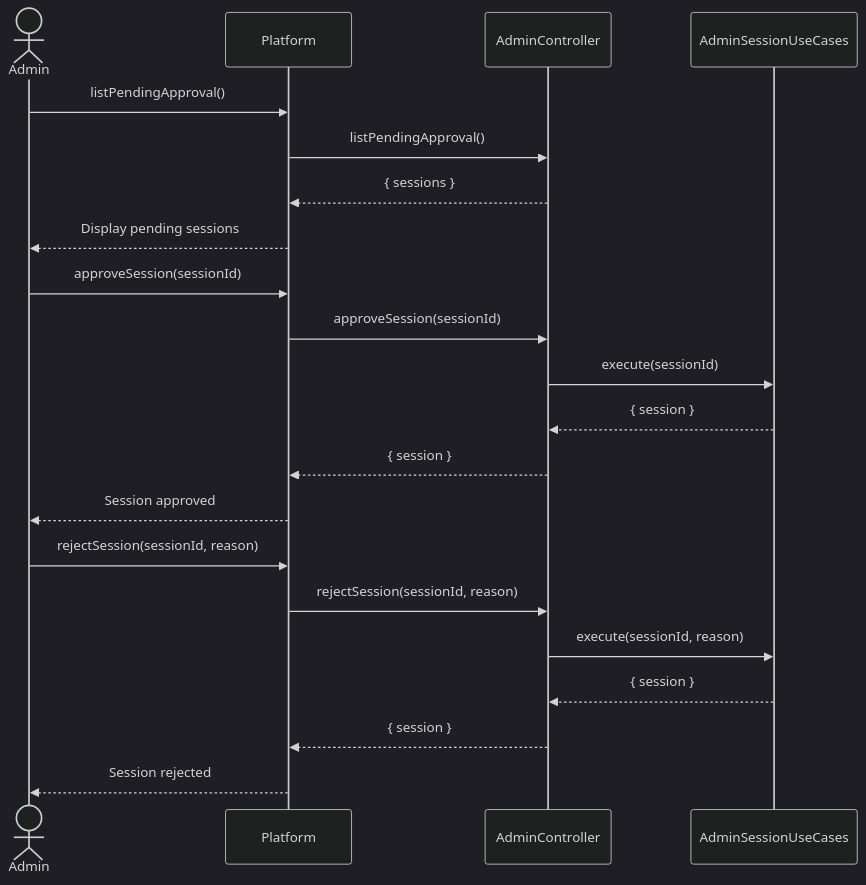
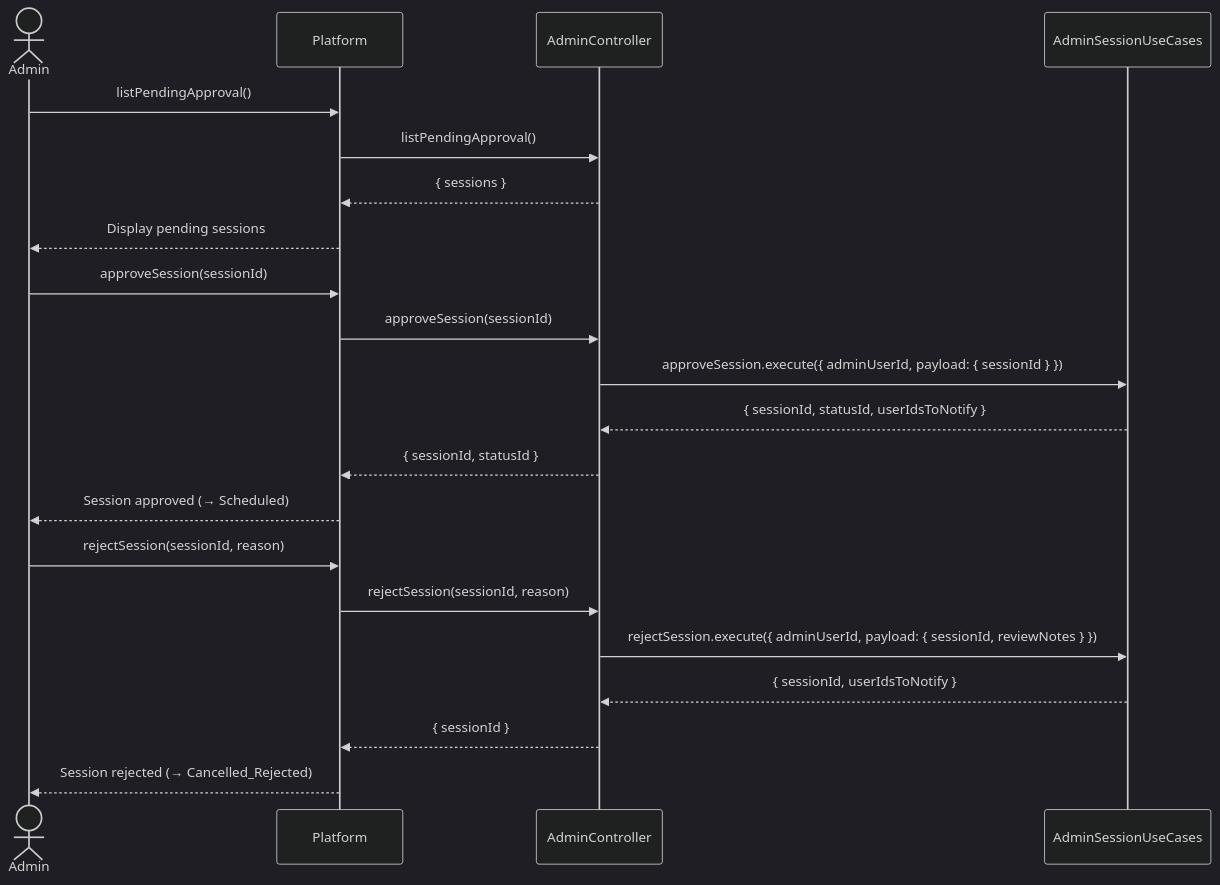
Diagram 20 of 23 in diagrams/Sequence Diagram/sequencediagram.md (NovaLogic-Systems/gestArtes-docs), drawn with Mermaid (dark theme) before and after one commit. The commit also changed other lines of this file and 4 other files, not shown here.

````diff
--- a/diagrams/Sequence Diagram/sequencediagram.md
+++ b/diagrams/Sequence Diagram/sequencediagram.md
@@ -696,26 +701,26 @@
 ```mermaid
 sequenceDiagram
     actor Admin
     participant Platform as Platform
     participant AdminController as AdminController
     participant AdminSessionUseCases as AdminSessionUseCases
 
     Admin->>Platform: listPendingApproval()
     Platform->>AdminController: listPendingApproval()
     AdminController-->>Platform: { sessions }
     Platform-->>Admin: Display pending sessions
 
     Admin->>Platform: approveSession(sessionId)
     Platform->>AdminController: approveSession(sessionId)
-    AdminController->>AdminSessionUseCases: execute(sessionId)
-    AdminSessionUseCases-->>AdminController: { session }
-    AdminController-->>Platform: { session }
-    Platform-->>Admin: Session approved
+    AdminController->>AdminSessionUseCases: approveSession.execute({ adminUserId, payload: { sessionId } })
+    AdminSessionUseCases-->>AdminController: { sessionId, statusId, userIdsToNotify }
+    AdminController-->>Platform: { sessionId, statusId }
+    Platform-->>Admin: Session approved (→ Scheduled)
 
     Admin->>Platform: rejectSession(sessionId, reason)
     Platform->>AdminController: rejectSession(sessionId, reason)
-    AdminController->>AdminSessionUseCases: execute(sessionId, reason)
-    AdminSessionUseCases-->>AdminController: { session }
-    AdminController-->>Platform: { session }
-    Platform-->>Admin: Session rejected
+    AdminController->>AdminSessionUseCases: rejectSession.execute({ adminUserId, payload: { sessionId, reviewNotes } })
+    AdminSessionUseCases-->>AdminController: { sessionId, userIdsToNotify }
+    AdminController-->>Platform: { sessionId }
+    Platform-->>Admin: Session rejected (→ Cancelled_Rejected)
 ```
````
